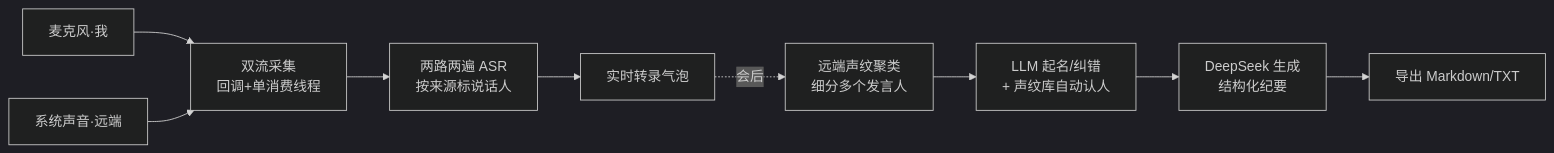
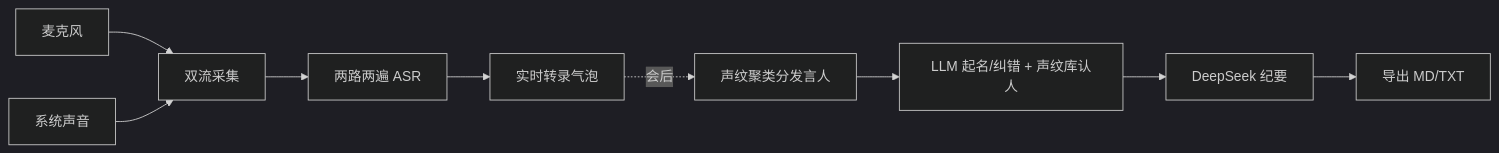
One commit to superLin006/LiveBabel changed the second of 2 diagrams in README.md. Above: the diagram before and after it, drawn with Mermaid (dark theme). The commit also changed other lines of this file and 2 other files, not shown here.

First line of the commit message:
docs: README 精简重写 + 新主页截图;版本升 1.2.0

````diff
--- a/README.md
+++ b/README.md
@@ -147,11 +108,5 @@
 ```mermaid
 flowchart LR
-    M[麦克风·我] --> P[双流采集<br/>回调+单消费线程]
-    S[系统声音·远端] --> P
-    P --> R[两路两遍 ASR<br/>按来源标说话人]
-    R --> T[实时转录气泡]
-    T -.会后.-> D[远端声纹聚类<br/>细分多个发言人]
-    D --> L[LLM 起名/纠错<br/>+ 声纹库自动认人]
-    L --> N[DeepSeek 生成<br/>结构化纪要]
-    N --> X[导出 Markdown/TXT]
+    M[麦克风] & S[系统声音] --> P[双流采集] --> R[两路两遍 ASR] --> T[实时转录气泡]
+    T -.会后.-> D2[声纹聚类分发言人] --> L[LLM 起名/纠错 + 声纹库认人] --> N[DeepSeek 纪要] --> X[导出 MD/TXT]
 ```
````
